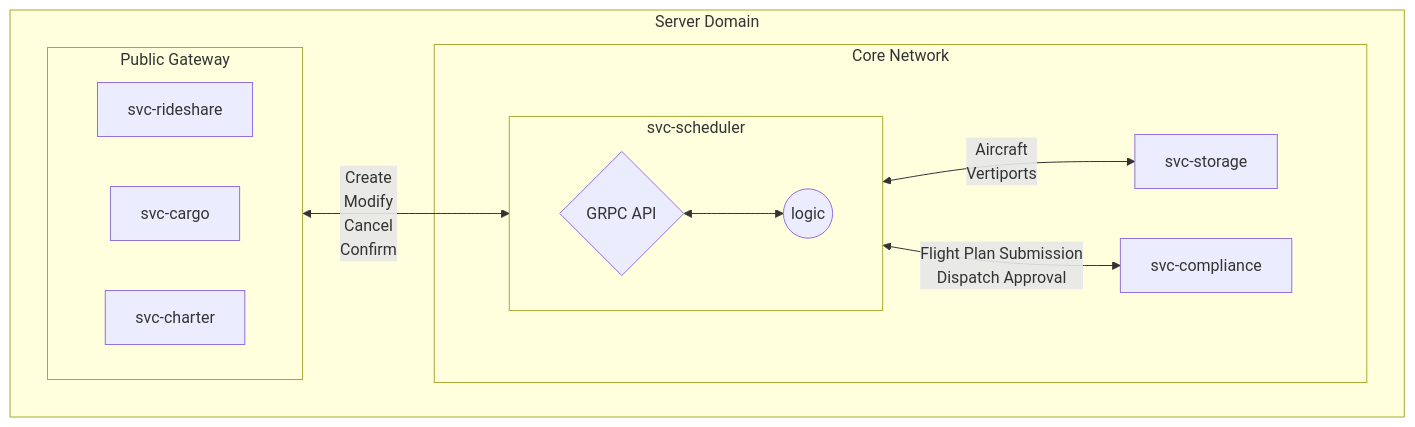
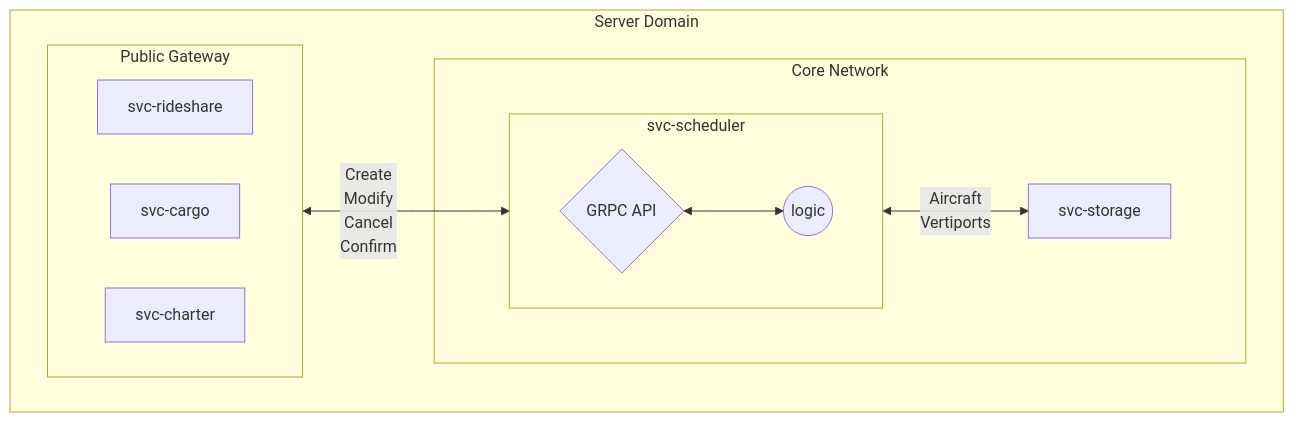
One commit to aetheric-oss/svc-scheduler changed the diagram in docs/conops.md. Above: the diagram before and after it, drawn with Mermaid. The commit also changed other lines of this file and 36 other files, not shown here.

````diff
--- a/docs/conops.md
+++ b/docs/conops.md
@@ -52,31 +52,29 @@
 ```mermaid
 flowchart LR
   subgraph Server Domain
     direction LR
     subgraph gate [Public Gateway]
       direction LR
       rideshare[svc-rideshare]
       cargo[svc-cargo]
       charter[svc-charter]
     end
     subgraph Core Network
     subgraph p [ ]
       subgraph schedule [svc-scheduler]
         direction LR
         api{GRPC API}
         logic((logic))
         api <--> logic
       end
       storage[svc-storage]
-      compliance[svc-compliance]
     end
     end
   end
 
   gate <-- Create<br>Modify<br>Cancel<br>Confirm --> api
   logic <-- Aircraft<br>Vertiports --> storage
-  logic <-- Flight Plan Submission<br>Dispatch Approval--> compliance
 
 classDef subgraph_padding fill:none,stroke:none
 class p subgraph_padding
 ```
````
